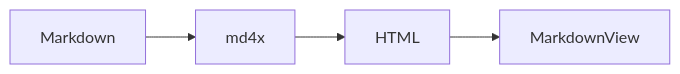
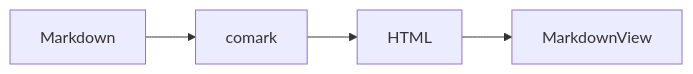
One commit to ZainW/mdow changed the diagram in apps/desktop/src/renderer/src/dev/fixtures/ui-showcase.md. Above: the diagram before and after it, drawn with Mermaid. The commit also changed 33 other files, not shown here.

````diff
--- a/apps/desktop/src/renderer/src/dev/fixtures/ui-showcase.md
+++ b/apps/desktop/src/renderer/src/dev/fixtures/ui-showcase.md
@@ -40,6 +40,6 @@
 ```mermaid
 flowchart LR
-  md[Markdown] --> parse[md4x]
+  md[Markdown] --> parse[comark]
   parse --> html[HTML]
   html --> view[MarkdownView]
 ```
````
